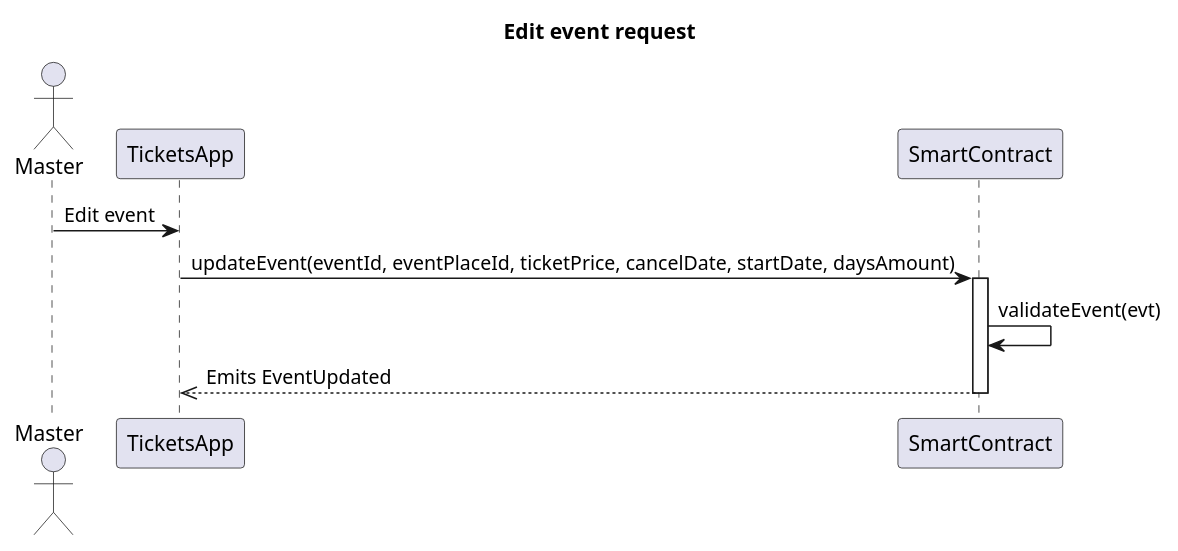
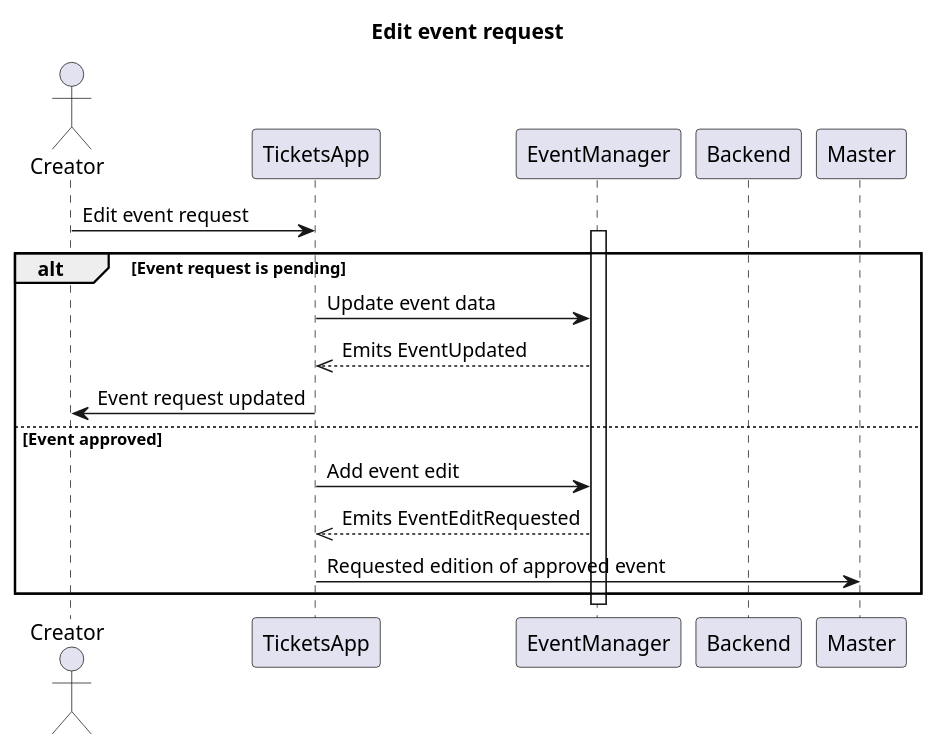
The tenth of 24 diagrams in README.org (ai-shift/cyber-valley-tickets), drawn with PlantUML before and after one commit. The commit also changed other lines of this file and 20 other files, not shown here.

Commit message:
fix: Actualize diagrams

```diff
--- a/README.org
+++ b/README.org
@@ -283,14 +284,21 @@
 #+begin_src plantuml :file ./img/edit-event-request.png
 title Edit event request
 
-actor Master
+actor Creator
 participant TicketsApp
-participant SmartContract
+participant EventManager
+participant Backend
 
-Master -> TicketsApp: Edit event
-TicketsApp -> SmartContract: updateEvent(eventId, eventPlaceId, ticketPrice, cancelDate, startDate, daysAmount)
-activate SmartContract
-SmartContract -> SmartContract: validateEvent(evt)
-SmartContract -->> TicketsApp: Emits EventUpdated
-deactivate SmartContract
+Creator -> TicketsApp: Edit event request
+activate EventManager
+alt Event request is pending
+  TicketsApp -> EventManager: Update event data
+  EventManager -->> TicketsApp: Emits EventUpdated
+  TicketsApp -> Creator: Event request updated
+else Event approved
+  TicketsApp -> EventManager: Add event edit
+  EventManager -->> TicketsApp: Emits EventEditRequested
+  TicketsApp -> Master: Requested edition of approved event
+end
+deactivate EventManager
 #+end_src
```
